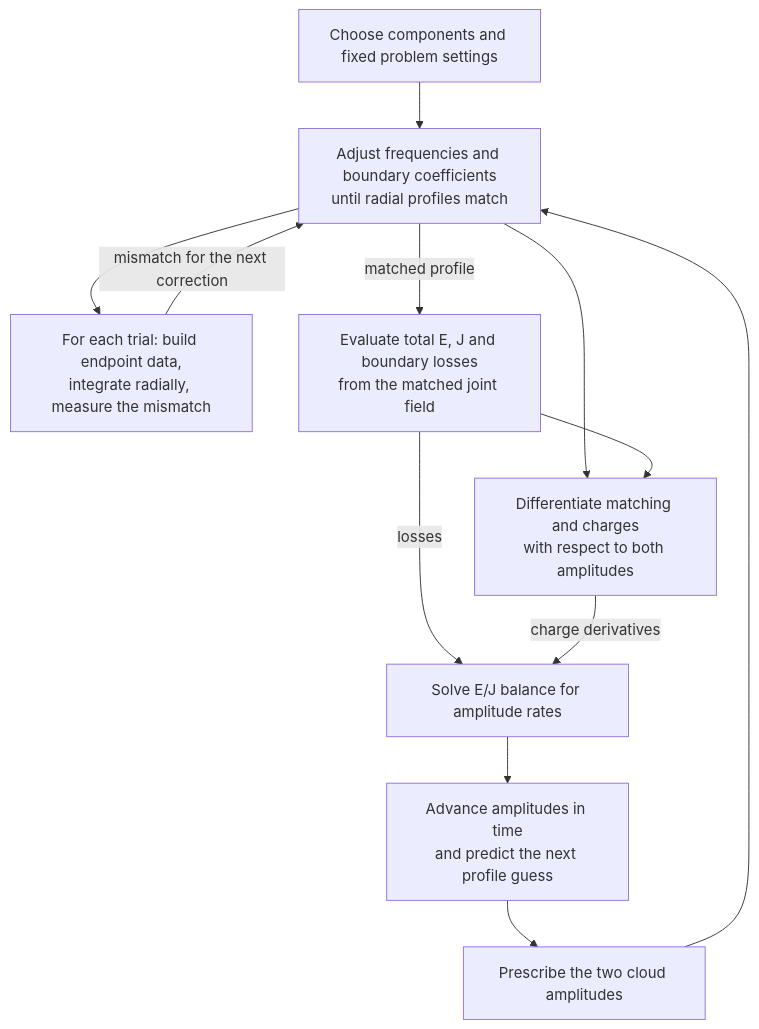
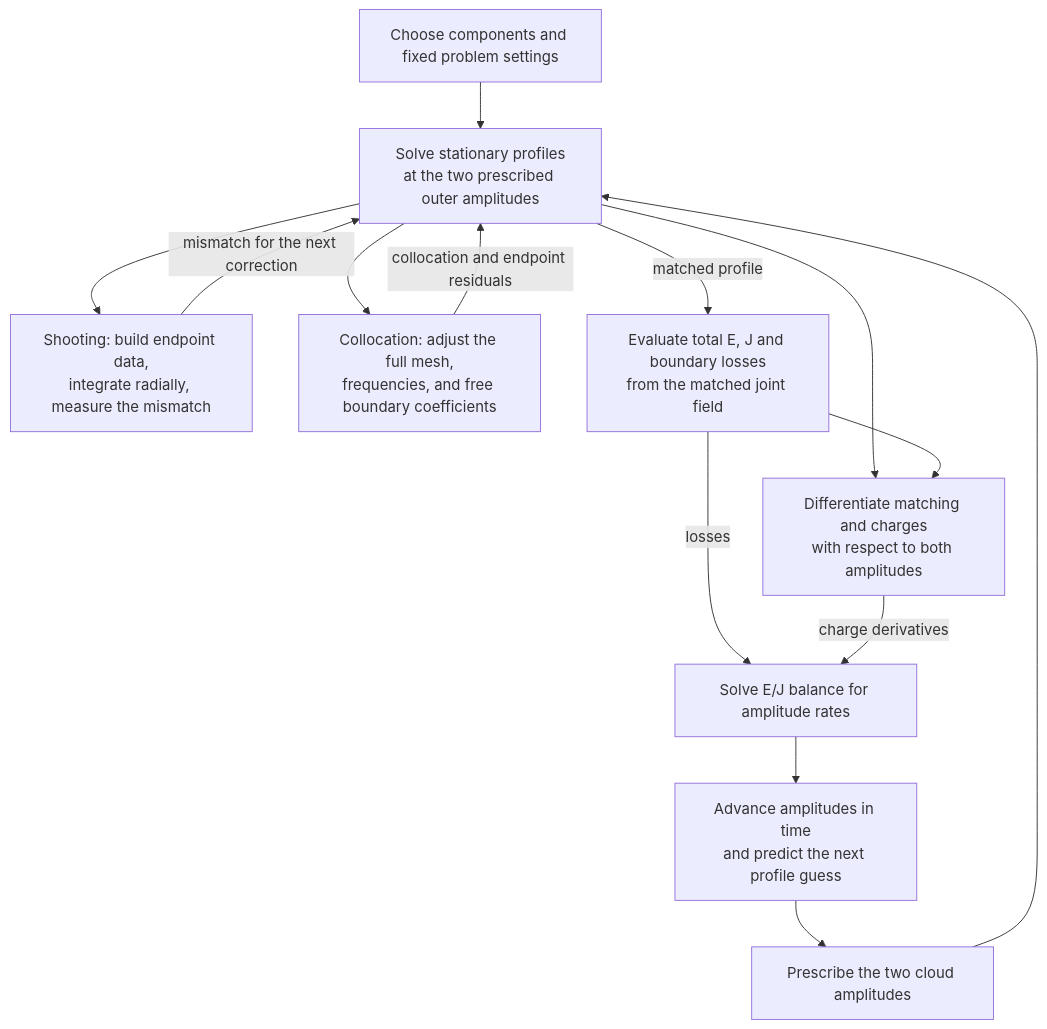
One commit to clwelch03/axion-sr-sim changed the first of 3 diagrams in docs/multiphase-learning-map.md. Above: the diagram before and after it, drawn with Mermaid. The commit also changed other lines of this file and 48 other files, not shown here.

````diff
--- a/docs/multiphase-learning-map.md
+++ b/docs/multiphase-learning-map.md
@@ -22,21 +23,24 @@
 ```mermaid
 flowchart TD
     SETUP["Choose components and fixed problem settings"]
     AMPLITUDES["Prescribe the two cloud amplitudes"]
-    SOLVE["Adjust frequencies and boundary coefficients<br/>until radial profiles match"]
-    RADIAL["For each trial: build endpoint data,<br/>integrate radially, measure the mismatch"]
+    SOLVE["Solve stationary profiles<br/>at the two prescribed outer amplitudes"]
+    RADIAL["Shooting: build endpoint data,<br/>integrate radially, measure the mismatch"]
+    COLLOCATION["Collocation: adjust the full mesh,<br/>frequencies, and free boundary coefficients"]
     CHARGES["Evaluate total E, J and boundary losses<br/>from the matched joint field"]
     RESPONSE["Differentiate matching and charges<br/>with respect to both amplitudes"]
     BALANCE["Solve E/J balance for amplitude rates"]
     EVOLVE["Advance amplitudes in time<br/>and predict the next profile guess"]
     SETUP --> SOLVE
     AMPLITUDES --> SOLVE
     SOLVE --> RADIAL
+    SOLVE --> COLLOCATION
     RADIAL -->|mismatch for the next correction| SOLVE
+    COLLOCATION -->|collocation and endpoint residuals| SOLVE
     SOLVE -->|matched profile| CHARGES
     SOLVE --> RESPONSE
     CHARGES --> RESPONSE
     CHARGES -->|losses| BALANCE
     RESPONSE -->|charge derivatives| BALANCE
     BALANCE --> EVOLVE --> AMPLITUDES
 ```
````
